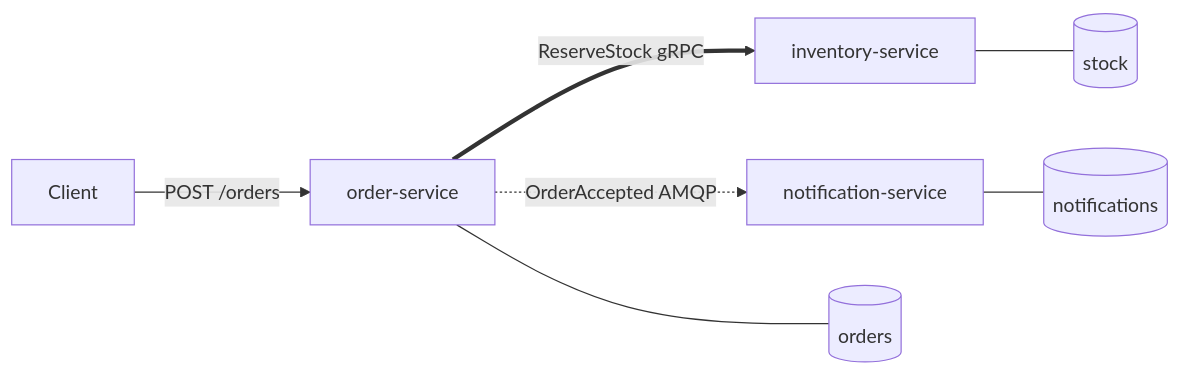
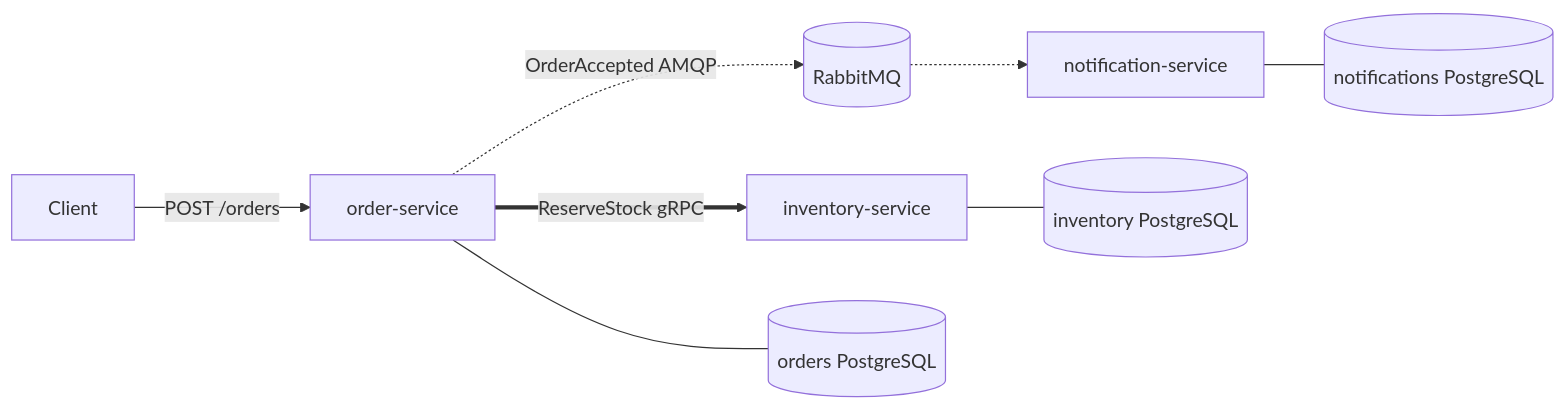
Before and after one commit to mojtaba-gheytasi/go-order-system-showcase: the diagram in README.md, drawn with Mermaid. The commit also changed other lines of this file, not shown here.

````diff
--- a/README.md
+++ b/README.md
@@ -17,9 +20,10 @@
 ```mermaid
 flowchart LR
     Client -->|POST /orders| Order[order-service]
     Order ==>|ReserveStock gRPC| Inventory[inventory-service]
-    Order -.->|OrderAccepted AMQP| Notification[notification-service]
-    Order --- OrderDB[(orders)]
-    Inventory --- InventoryDB[(stock)]
-    Notification --- NotificationDB[(notifications)]
+    Order -.->|OrderAccepted AMQP| RabbitMQ[(RabbitMQ)]
+    RabbitMQ -.-> Notification[notification-service]
+    Order --- OrderDB[(orders PostgreSQL)]
+    Inventory --- InventoryDB[(inventory PostgreSQL)]
+    Notification --- NotificationDB[(notifications PostgreSQL)]
 ```
````
